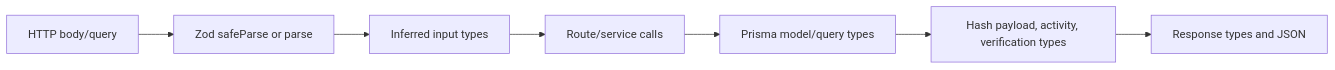
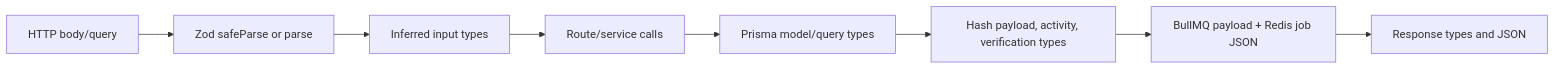
The diagram in TYPES_AND_INTERFACES.md (vinayak-88/AuditLog-Service), drawn with Mermaid before and after one commit. The commit also changed other lines of this file and 5 other files, not shown here.

```diff
--- a/TYPES_AND_INTERFACES.md
+++ b/TYPES_AND_INTERFACES.md
@@ -9,9 +9,10 @@
 ~~~mermaid
 flowchart LR
   HTTP[HTTP body/query] --> Zod[Zod safeParse or parse]
   Zod --> Inputs[Inferred input types]
   Inputs --> Routes[Route/service calls]
   Routes --> Prisma[Prisma model/query types]
   Prisma --> Domain[Hash payload, activity, verification types]
-  Domain --> Response[Response types and JSON]
+  Domain --> Queue[BullMQ payload + Redis job JSON]
+  Queue --> Response[Response types and JSON]
 ~~~
```
